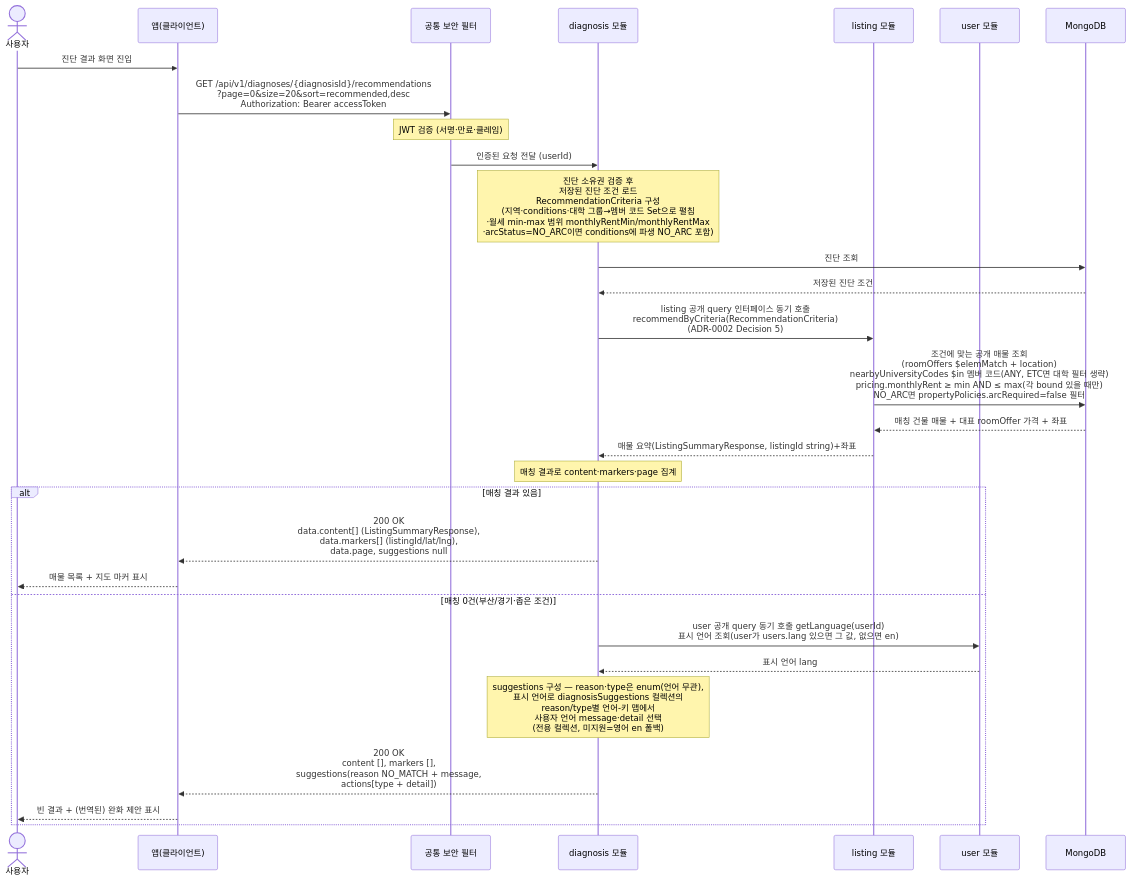
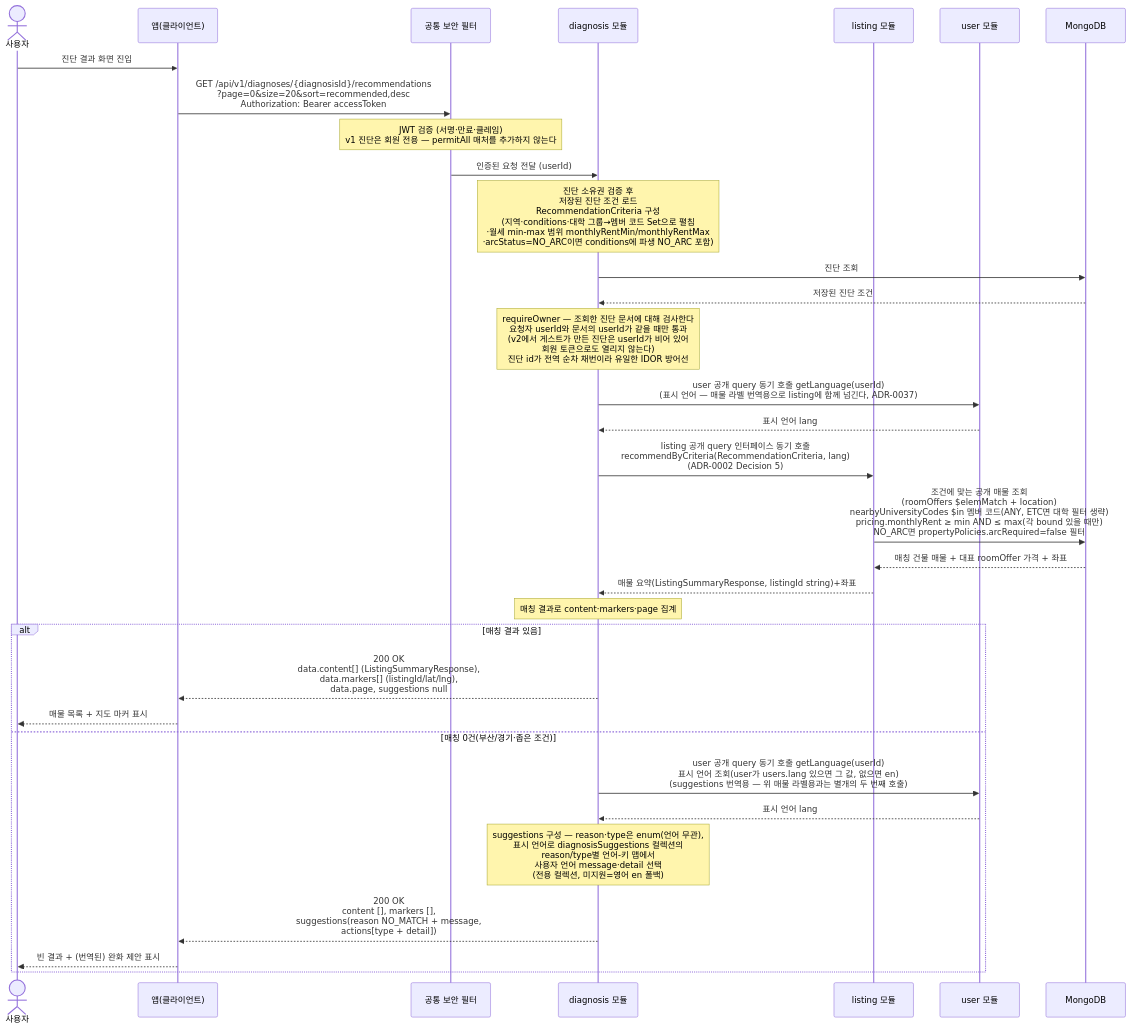
Before and after one commit to jameskim9509/Kohere-backend: the diagram in docs/architecture/sequence-diagrams/02-diagnosis-recommendation/us-2-2-recommendations.md, drawn with Mermaid. The commit also changed other lines of this file and 22 other files, not shown here.

````diff
--- a/docs/architecture/sequence-diagrams/02-diagnosis-recommendation/us-2-2-recommendations.md
+++ b/docs/architecture/sequence-diagrams/02-diagnosis-recommendation/us-2-2-recommendations.md
@@ -5,33 +5,36 @@
 ```mermaid
 sequenceDiagram
     actor U as 사용자
     participant C as 앱(클라이언트)
     participant SEC as 공통 보안 필터
     participant DIAG as diagnosis 모듈
     participant LIST as listing 모듈
     participant USER as user 모듈
     participant DB as MongoDB
 
     U->>C: 진단 결과 화면 진입
     C->>SEC: GET /api/v1/diagnoses/{diagnosisId}/recommendations<br/>?page=0&size=20&sort=recommended,desc<br/>Authorization: Bearer accessToken
-    Note over SEC: JWT 검증 (서명·만료·클레임)
+    Note over SEC: JWT 검증 (서명·만료·클레임)<br/>v1 진단은 회원 전용 — permitAll 매처를 추가하지 않는다
     SEC->>DIAG: 인증된 요청 전달 (userId)
     Note over DIAG: 진단 소유권 검증 후<br/>저장된 진단 조건 로드<br/>RecommendationCriteria 구성<br/>(지역·conditions·대학 그룹→멤버 코드 Set으로 펼침<br/>·월세 min-max 범위 monthlyRentMin/monthlyRentMax<br/>·arcStatus=NO_ARC이면 conditions에 파생 NO_ARC 포함)
     DIAG->>DB: 진단 조회
     DB-->>DIAG: 저장된 진단 조건
-    DIAG->>LIST: listing 공개 query 인터페이스 동기 호출<br/>recommendByCriteria(RecommendationCriteria)<br/>(ADR-0002 Decision 5)
+    Note over DIAG: requireOwner — 조회한 진단 문서에 대해 검사한다<br/>요청자 userId와 문서의 userId가 같을 때만 통과<br/>(v2에서 게스트가 만든 진단은 userId가 비어 있어<br/>회원 토큰으로도 열리지 않는다)<br/>진단 id가 전역 순차 채번이라 유일한 IDOR 방어선
+    DIAG->>USER: user 공개 query 동기 호출 getLanguage(userId)<br/>(표시 언어 — 매물 라벨 번역용으로 listing에 함께 넘긴다, ADR-0037)
+    USER-->>DIAG: 표시 언어 lang
+    DIAG->>LIST: listing 공개 query 인터페이스 동기 호출<br/>recommendByCriteria(RecommendationCriteria, lang)<br/>(ADR-0002 Decision 5)
     LIST->>DB: 조건에 맞는 공개 매물 조회<br/>(roomOffers $elemMatch + location)<br/>nearbyUniversityCodes $in 멤버 코드(ANY, ETC면 대학 필터 생략)<br/>pricing.monthlyRent ≥ min AND ≤ max(각 bound 있을 때만)<br/>NO_ARC면 propertyPolicies.arcRequired=false 필터
     DB-->>LIST: 매칭 건물 매물 + 대표 roomOffer 가격 + 좌표
     LIST-->>DIAG: 매물 요약(ListingSummaryResponse, listingId string)+좌표
     Note over DIAG: 매칭 결과로 content·markers·page 집계
     alt 매칭 결과 있음
         DIAG-->>C: 200 OK<br/>data.content[] (ListingSummaryResponse),<br/>data.markers[] (listingId/lat/lng),<br/>data.page, suggestions null
         C-->>U: 매물 목록 + 지도 마커 표시
     else 매칭 0건(부산/경기·좁은 조건)
-        DIAG->>USER: user 공개 query 동기 호출 getLanguage(userId)<br/>표시 언어 조회(user가 users.lang 있으면 그 값, 없으면 en)
+        DIAG->>USER: user 공개 query 동기 호출 getLanguage(userId)<br/>표시 언어 조회(user가 users.lang 있으면 그 값, 없으면 en)<br/>(suggestions 번역용 — 위 매물 라벨용과는 별개의 두 번째 호출)
         USER-->>DIAG: 표시 언어 lang
         Note over DIAG: suggestions 구성 — reason·type은 enum(언어 무관),<br/>표시 언어로 diagnosisSuggestions 컬렉션의<br/>reason/type별 언어-키 맵에서<br/>사용자 언어 message·detail 선택<br/>(전용 컬렉션, 미지원=영어 en 폴백)
         DIAG-->>C: 200 OK<br/>content [], markers [],<br/>suggestions(reason NO_MATCH + message,<br/>actions[type + detail])
         C-->>U: 빈 결과 + (번역된) 완화 제안 표시
     end
 ```
````
